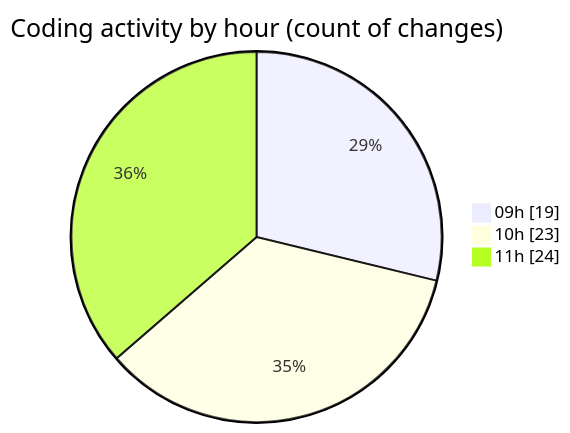
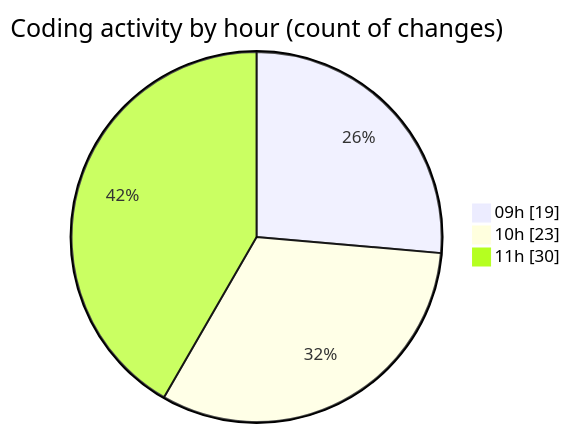
The second of 2 diagrams in 2026-02-12/cda/README.md (momahboobian/code-tracking), drawn with Mermaid before and after one commit. The commit also changed other lines of this file and 1 other file, not shown here.

````diff
--- a/2026-02-12/cda/README.md
+++ b/2026-02-12/cda/README.md
@@ -36,7 +36,7 @@
 ```mermaid
 pie showData
 title Coding activity by hour (count of changes)
 "09h" : 19
 "10h" : 23
-"11h" : 24
+"11h" : 30
 ```
````
